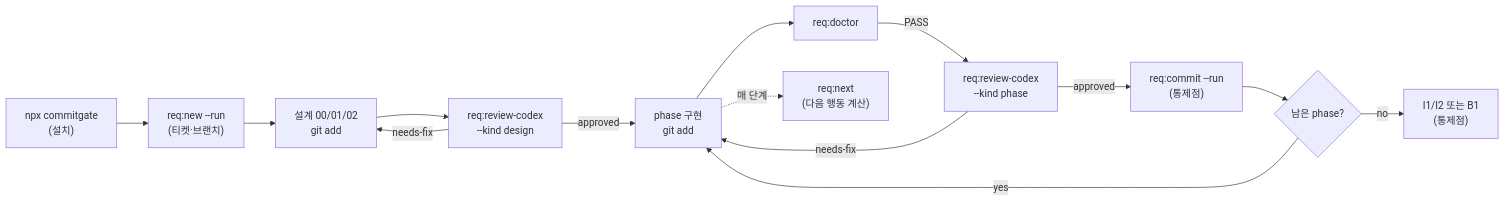
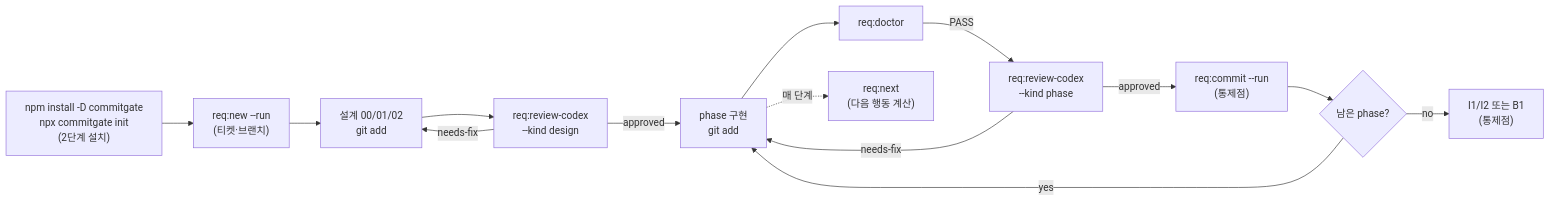
One commit to sol5288/commitgate changed the diagram in docs/ssot-design/05-user-flows-and-ui-spec.md. Above: the diagram before and after it, drawn with Mermaid. The commit also changed other lines of this file and 15 other files, not shown here.

````diff
--- a/docs/ssot-design/05-user-flows-and-ui-spec.md
+++ b/docs/ssot-design/05-user-flows-and-ui-spec.md
@@ -7,16 +7,16 @@
 ```mermaid
 flowchart LR
-    Install["npx commitgate<br/>(설치)"] --> New["req:new --run<br/>(티켓·브랜치)"]
+    Install["npm install -D commitgate<br/>npx commitgate init<br/>(2단계 설치)"] --> New["req:new --run<br/>(티켓·브랜치)"]
     New --> Design["설계 00/01/02<br/>git add"]
     Design --> DReview["req:review-codex<br/>--kind design"]
     DReview -->|approved| Impl["phase 구현<br/>git add"]
     DReview -->|needs-fix| Design
     Impl --> Doctor["req:doctor"]
     Doctor -->|PASS| PReview["req:review-codex<br/>--kind phase"]
     PReview -->|needs-fix| Impl
     PReview -->|approved| Commit["req:commit --run<br/>(통제점)"]
     Commit --> Next{"남은 phase?"}
     Next -->|yes| Impl
     Next -->|no| Integrate["I1/I2 또는 B1<br/>(통제점)"]
     Impl -.매 단계.-> RN["req:next<br/>(다음 행동 계산)"]
 ```
````
